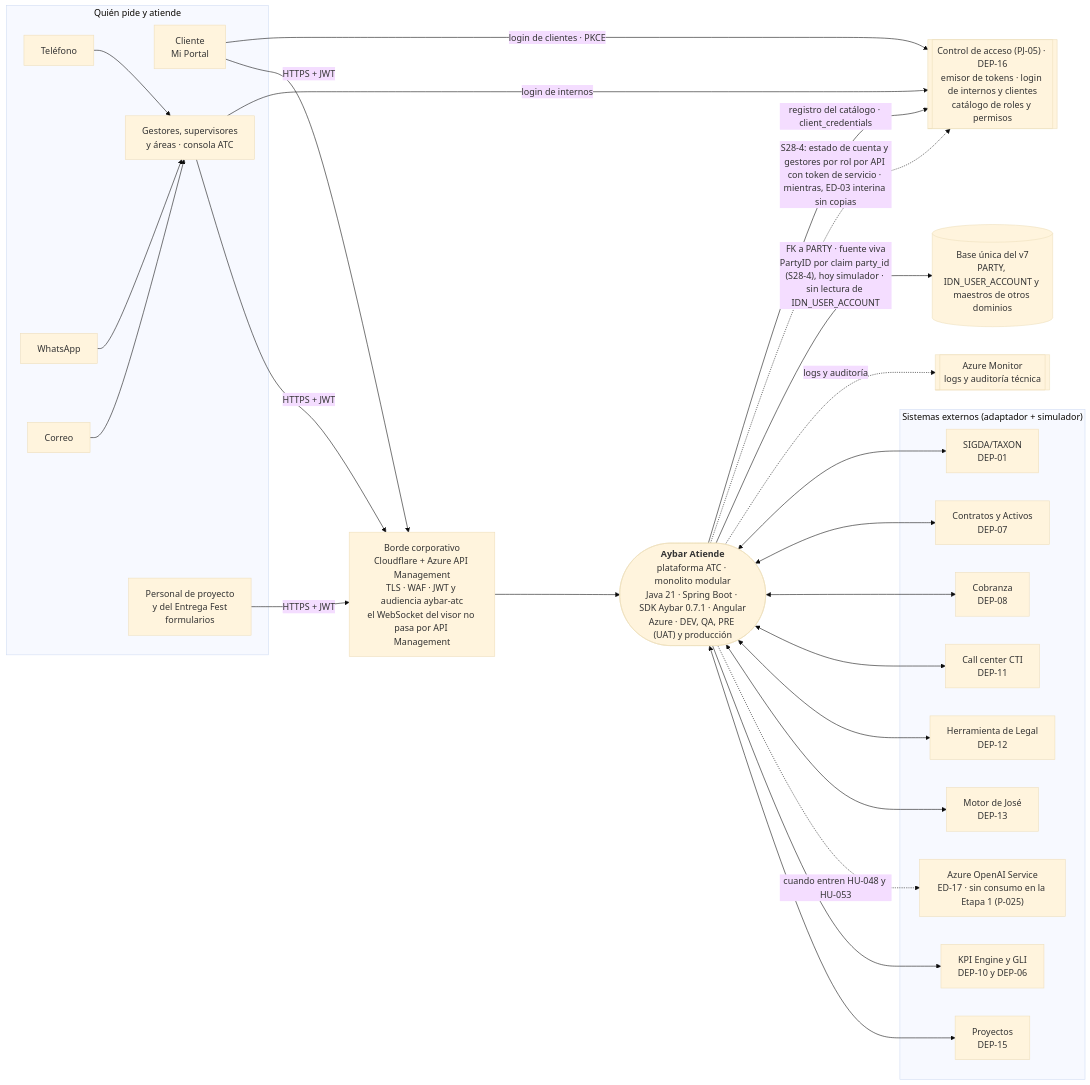
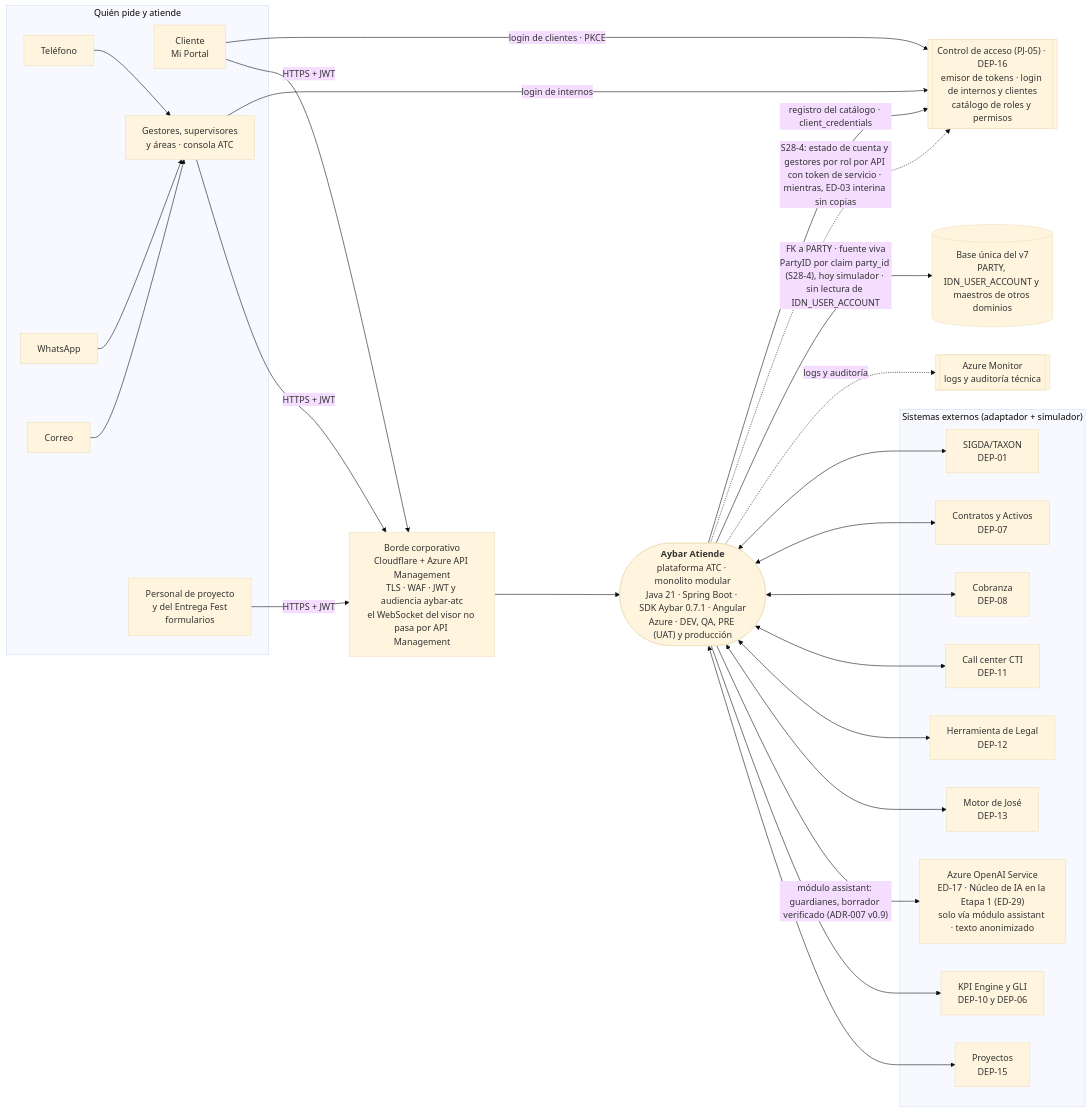
Before and after one commit to michel-poma-huachihuaco/tyc-mockup: the diagram in docs/arquitectura/c4-contexto.mmd, drawn with Mermaid (base theme). The commit also changed 79 other files, not shown here.

```diff
--- a/docs/arquitectura/c4-contexto.mmd
+++ b/docs/arquitectura/c4-contexto.mmd
@@ -1,55 +1,56 @@
 flowchart LR
   subgraph Quien["Quién pide y atiende"]
     tel[Teléfono]
     wa[WhatsApp]
     mail[Correo]
     cli[Cliente<br/>Mi Portal]
     ges[Gestores, supervisores<br/>y áreas · consola ATC]
     obra[Personal de proyecto<br/>y del Entrega Fest<br/>formularios]
   end
   borde["Borde corporativo<br/>Cloudflare + Azure API Management<br/>TLS · WAF · JWT y audiencia aybar-atc<br/>el WebSocket del visor no pasa por API Management"]
   atc(["<b>Aybar Atiende</b><br/>plataforma ATC · monolito modular<br/>Java 21 · Spring Boot · SDK Aybar 0.7.1 · Angular<br/>Azure · DEV, QA, PRE (UAT) y producción"])
   ctrl[["Control de acceso (PJ-05) · DEP-16<br/>emisor de tokens · login de internos y clientes<br/>catálogo de roles y permisos"]]
   base[("Base única del v7<br/>PARTY, IDN_USER_ACCOUNT y maestros de otros dominios")]
   mon[["Azure Monitor<br/>logs y auditoría técnica"]]
   subgraph Ext["Sistemas externos (adaptador + simulador)"]
     sigda[SIGDA/TAXON<br/>DEP-01]
     con[Contratos y Activos<br/>DEP-07]
     cob[Cobranza<br/>DEP-08]
     cti[Call center CTI<br/>DEP-11]
     leg[Herramienta de Legal<br/>DEP-12]
     jose[Motor de José<br/>DEP-13]
-    ia["Azure OpenAI Service<br/>ED-17 · sin consumo en la Etapa 1 (P-025)"]
+    ia["Azure OpenAI Service<br/>ED-17 · Núcleo de IA en la Etapa 1 (ED-29)<br/>solo vía módulo assistant · texto anonimizado"]
     kpi[KPI Engine y GLI<br/>DEP-10 y DEP-06]
     proy[Proyectos<br/>DEP-15]
   end
   cli -- "login de clientes · PKCE" --> ctrl
   ges -- "login de internos" --> ctrl
   cli -- "HTTPS + JWT" --> borde
   ges -- "HTTPS + JWT" --> borde
   obra -- "HTTPS + JWT" --> borde
   borde --> atc
   tel --> ges
   wa --> ges
   mail --> ges
   atc -- "registro del catálogo · client_credentials" --> ctrl
   atc -. "S28-4: estado de cuenta y gestores por rol por API con token de servicio · mientras, ED-03 interina sin copias" .-> ctrl
   atc -- "FK a PARTY · fuente viva<br/>PartyID por claim party_id (S28-4), hoy simulador · sin lectura de IDN_USER_ACCOUNT" --> base
   atc -. "logs y auditoría" .-> mon
   atc <--> sigda
   atc <--> con
   atc <--> cob
   atc <--> cti
   atc <--> leg
   atc <--> jose
-  atc -. "cuando entren HU-048 y HU-053" .-> ia
+  atc --> |"módulo assistant: guardianes, borrador verificado (ADR-007 v0.9)"| ia
   atc --> kpi
   atc <--> proy
 %% Generado por IA (Claude, 2026-10-22), versión base v2 de Nexora; actualizado con las decisiones DT-01 a DT-07 del Líder Técnico (Control de acceso emite los tokens y hace el login; Azure; borde con Cloudflare y API Management; base única con PARTY como fuente viva). — Revisado por: (pendiente)
 %% Historial: 0.3 · 2026-10-26 · Brayan Hurtado, con IA · borde corporativo, base única, Azure Monitor y ambientes; DEP-15; la consulta de gestores y líderes queda punteada porque Control de acceso no la tiene (P-035); los canales llegan por los gestores
 %% Historial: 0.4 · 2026-10-26 · Brayan Hurtado, con IA · revisión interna del equipo: PRE con la UAT (PLT-05 §4.2) y el WebSocket del visor fuera de API Management
 %% Historial: 0.5 · 2026-10-26 · Brayan Hurtado, con IA · decisiones del equipo de analisis/decisiones.md v0.7: audiencia aybar-atc (ED-06), vínculo de la cuenta en la base única (ED-01), la consulta de gestores y líderes como evolución (ED-03) y proveedor de IA (ED-17)
 %% Historial: 0.6 · 2026-10-26 · Brayan Hurtado, con IA · P-025 decidida por el equipo (analisis/decisiones.md v0.8): Azure OpenAI Service sin consumo en la Etapa 1 (HU-048 y HU-053 fuera); su enlace pasa a punteado, «cuando entren HU-048 y HU-053». — Revisado por: (pendiente)
 %% Historial: 0.7 · 2026-10-28 · Jesús Chávez Elías, con IA · contraste con PJ-05: la etiqueta del vínculo de la cuenta dice puerto y simulador, sin lectura acordada de IDN_USER_ACCOUNT; Control de acceso (DEP-16) sin fecha comprometida en PJ-05 y el Go del 03-nov solo para PRE con el emisor de pruebas de ATC
 %% Historial: 0.8 · 2026-10-28 · Jesús Chávez Elías, con IA · cruce del Líder Técnico del 28-oct (C14): PartyID por el claim party_id (S28-4), sin lectura de IDN_USER_ACCOUNT
 %% Historial: 0.9 · 2026-10-29 · Jesús Chávez Elías, con IA · revisión del Líder Técnico del 29-oct (punto 4): S28-4 pide estado de cuenta y gestores por rol por API con el token de servicio, ED-03 queda interina sin copias; el Go del 03-nov de la v0.7 (PRE con el emisor de pruebas de ATC) queda superado: si Control de acceso no está en PRE, la UAT se reprograma (punto 2)
+%% Historial: 0.10 · 2026-11-03 · Jesús Chávez Elías, con IA · Núcleo de IA en la Etapa 1 (ED-29, ADR-007 v0.9): el enlace a Azure OpenAI deja de ser punteado
```
